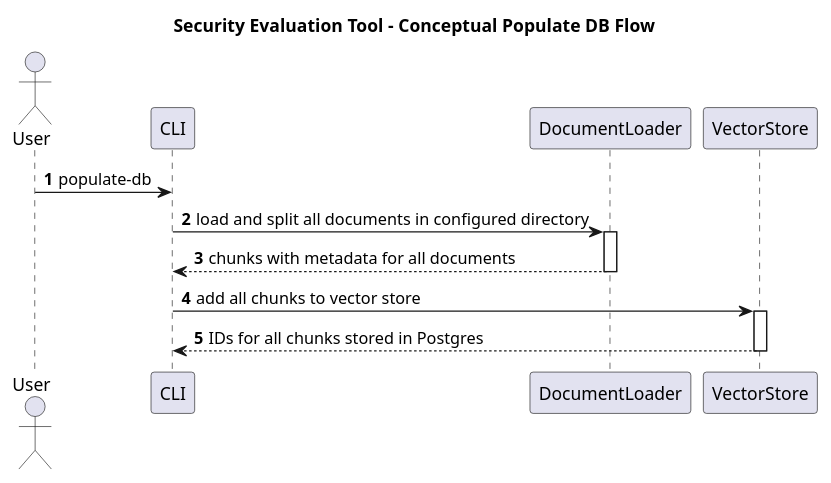
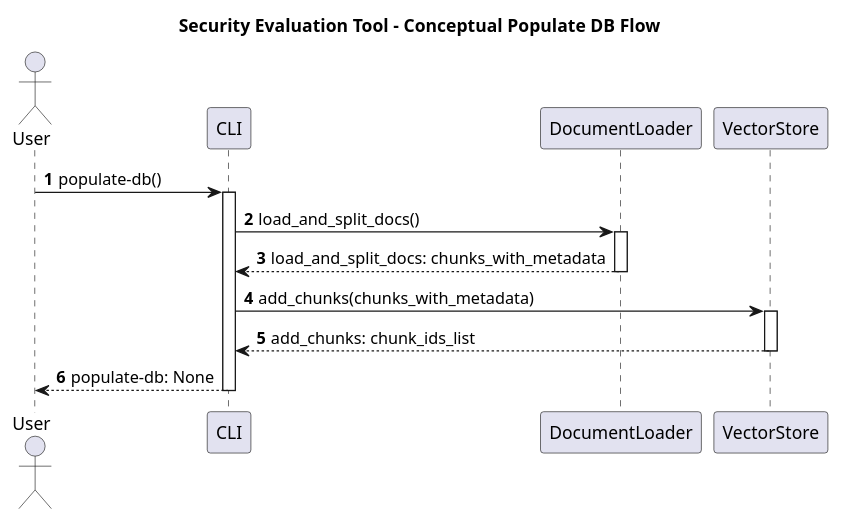
Before and after one commit to flomanuel/LLM-Evaluation-Framework: the diagram in _extras/UML/sequence_diagram_populate_db.puml, drawn with PlantUML. The commit also changed 2 other files, not shown here.

Commit message:
Refactor sequence diagrams

```diff
--- a/_extras/UML/sequence_diagram_populate_db.puml
+++ b/_extras/UML/sequence_diagram_populate_db.puml
@@ -1,23 +1,25 @@
 @startuml
-'!theme plain
 autonumber
-
 title Security Evaluation Tool - Conceptual Populate DB Flow
 
 actor User
 participant "CLI" as CLI
 participant "DocumentLoader"
 participant "VectorStore"
 
-User -> CLI: populate-db
-CLI -> DocumentLoader: load and split all documents in configured directory
+User -> CLI: populate-db()
+activate CLI
+CLI -> DocumentLoader: load_and_split_docs()
 activate DocumentLoader
-DocumentLoader --> CLI: chunks with metadata for all documents
+DocumentLoader --> CLI: load_and_split_docs: chunks_with_metadata
 deactivate DocumentLoader
-CLI -> VectorStore: add all chunks to vector store
+CLI -> VectorStore: add_chunks(chunks_with_metadata)
 activate VectorStore
-VectorStore --> CLI: IDs for all chunks stored in Postgres
+VectorStore --> CLI: add_chunks: chunk_ids_list
 deactivate VectorStore
+CLI --> User: populate-db: None
+deactivate CLI
+
 
 
 @enduml
```
